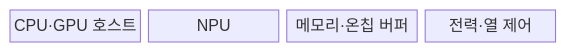
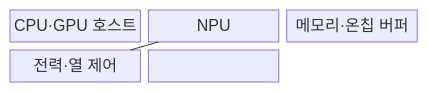
Before and after one commit to agnusdei1207/knowledge-base: the first of 2 diagrams in src/content/docs/notes/02-hardware/084_soc_on_device_ai_chip.md, drawn with Mermaid. The commit also changed other lines of this file and 86 other files, not shown here.

````diff
--- a/src/content/docs/notes/02-hardware/084_soc_on_device_ai_chip.md
+++ b/src/content/docs/notes/02-hardware/084_soc_on_device_ai_chip.md
@@ -68,8 +68,10 @@
 ```mermaid
-block
-  columns 4
+block-beta
+  columns 3
   A["CPU·GPU 호스트"]
   B["NPU"]
   C["메모리·온칩 버퍼"]
   D["전력·열 제어"]
+  A --- C --- B
+  B --- D
 ```
````
